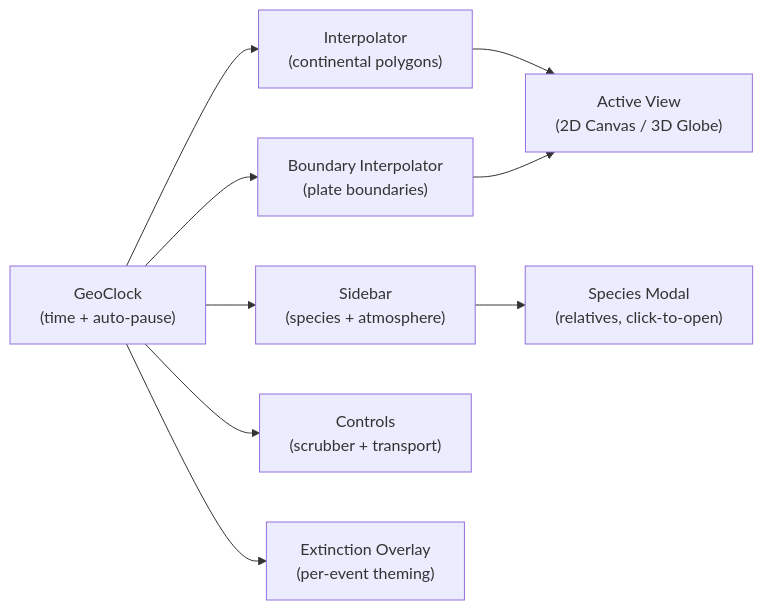
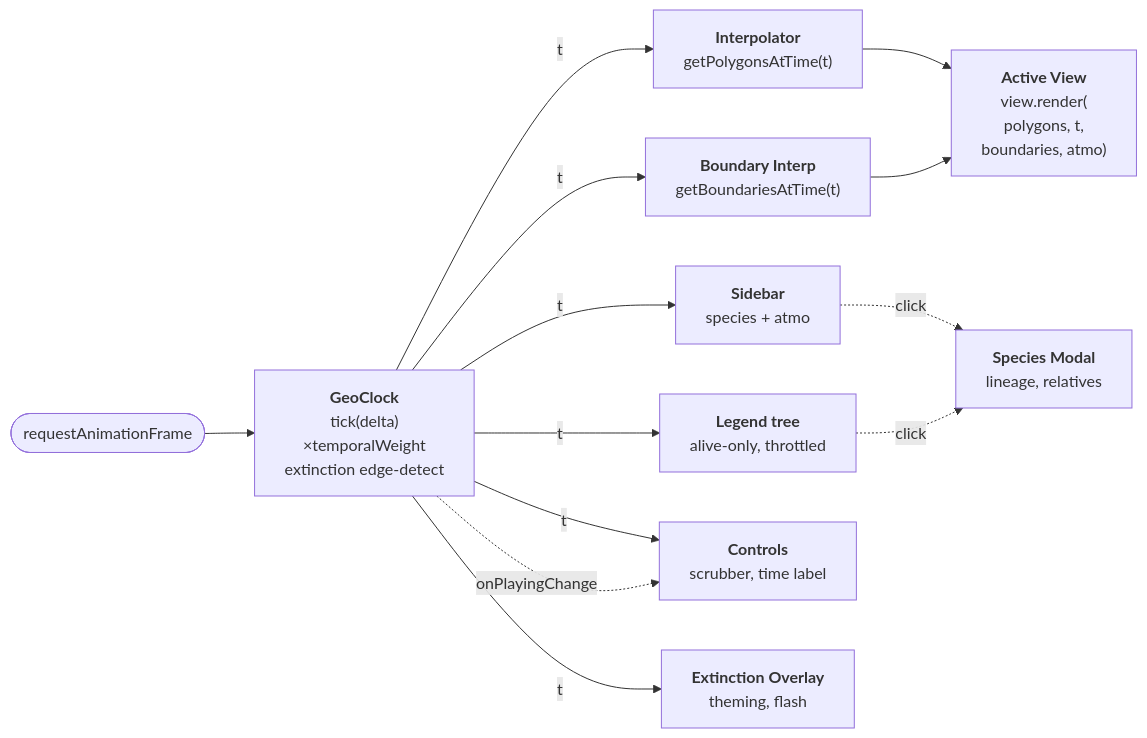
The first of 5 diagrams in docs/architecture.md (sonoransun/treelifebloom), drawn with Mermaid before and after one commit. The commit also changed other lines of this file and 27 other files, not shown here.

````diff
--- a/docs/architecture.md
+++ b/docs/architecture.md
@@ -7,17 +9,23 @@
 ```mermaid
 flowchart LR
-    Clock["GeoClock<br/>(time + auto-pause)"]
-    Interp["Interpolator<br/>(continental polygons)"]
-    BInterp["Boundary Interpolator<br/>(plate boundaries)"]
-    View["Active View<br/>(2D Canvas / 3D Globe)"]
-    Sidebar["Sidebar<br/>(species + atmosphere)"]
-    Controls["Controls<br/>(scrubber + transport)"]
-    Extinction["Extinction Overlay<br/>(per-event theming)"]
-    Modal["Species Modal<br/>(relatives, click-to-open)"]
+    RAF([requestAnimationFrame])
+    Clock["<b>GeoClock</b><br/>tick(delta)<br/>×temporalWeight<br/>extinction edge-detect"]
+    Interp["<b>Interpolator</b><br/>getPolygonsAtTime(t)"]
+    BInterp["<b>Boundary Interp</b><br/>getBoundariesAtTime(t)"]
+    View["<b>Active View</b><br/>view.render(<br/>polygons, t,<br/>boundaries, atmo)"]
+    Sidebar["<b>Sidebar</b><br/>species + atmo"]
+    Legend["<b>Legend tree</b><br/>alive-only, throttled"]
+    Controls["<b>Controls</b><br/>scrubber, time label"]
+    Extinction["<b>Extinction Overlay</b><br/>theming, flash"]
+    Modal["<b>Species Modal</b><br/>lineage, relatives"]
 
-    Clock --> Interp --> View
-    Clock --> BInterp --> View
-    Clock --> Sidebar --> Modal
-    Clock --> Controls
-    Clock --> Extinction
+    RAF --> Clock
+    Clock -->|t| Interp --> View
+    Clock -->|t| BInterp --> View
+    Clock -->|t| Sidebar
+    Sidebar -.click.-> Modal
+    Clock -->|t| Legend -.click.-> Modal
+    Clock -->|t| Controls
+    Clock -->|t| Extinction
+    Clock -.onPlayingChange.-> Controls
 ```
````
